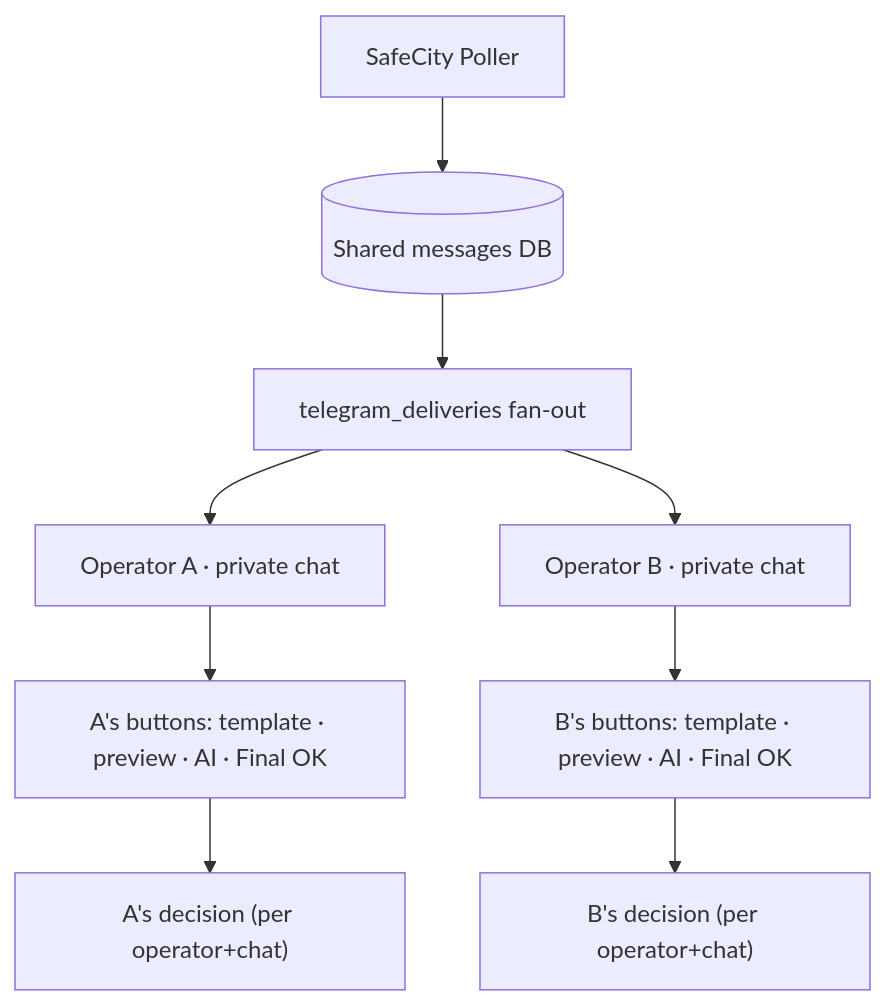
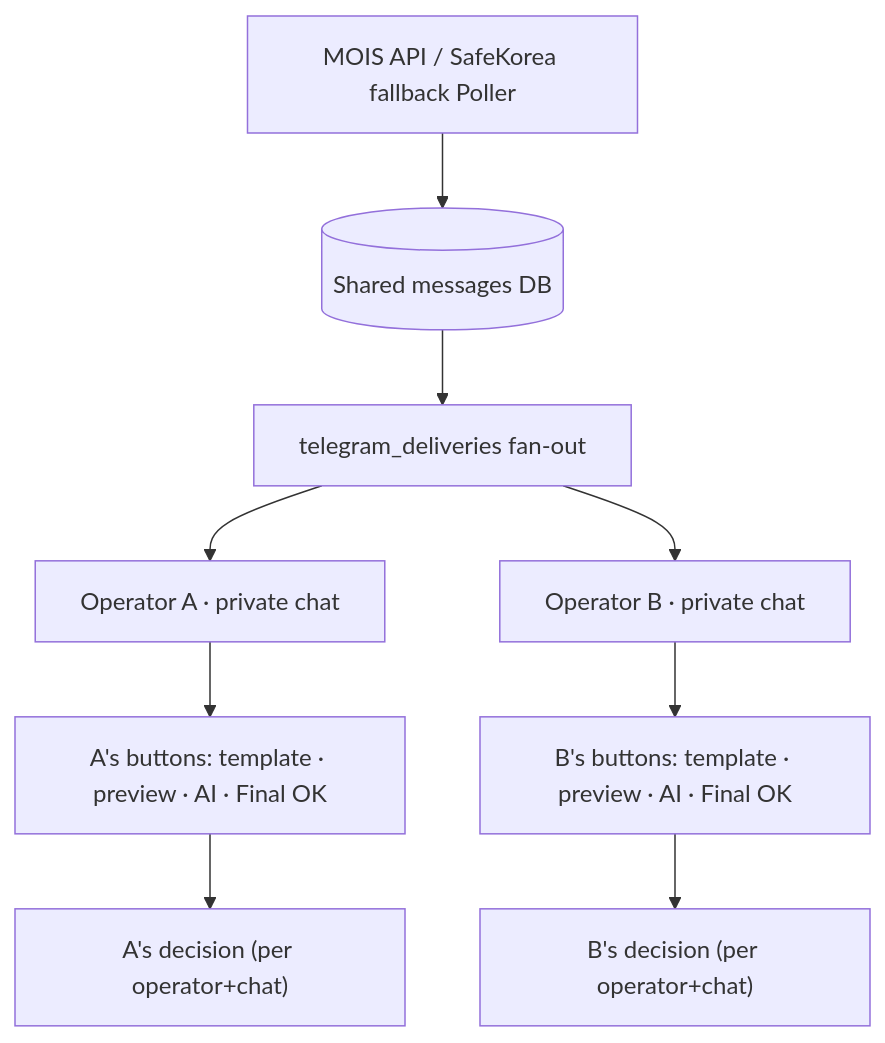
The diagram in docs/independent_operator_model.md (suengj/seoul-news-tracking), drawn with Mermaid before and after one commit. The commit also changed other lines of this file and 40 other files, not shown here.

First line of the commit message:
feat: migrate live alerts to MOIS API with SafeKorea fallback

````diff
--- a/docs/independent_operator_model.md
+++ b/docs/independent_operator_model.md
@@ -15,11 +17,11 @@
 ```mermaid
 flowchart TD
-    Poller[SafeCity Poller] --> Msgs[(Shared messages DB)]
+    Poller[MOIS API / SafeKorea fallback Poller] --> Msgs[(Shared messages DB)]
     Msgs --> Fan[telegram_deliveries fan-out]
     Fan --> A["Operator A · private chat"]
     Fan --> B["Operator B · private chat"]
     A --> AF["A's buttons: template · preview · AI · Final OK"]
     B --> BF["B's buttons: template · preview · AI · Final OK"]
     AF --> AD["A's decision (per operator+chat)"]
     BF --> BD["B's decision (per operator+chat)"]
 ```
````
